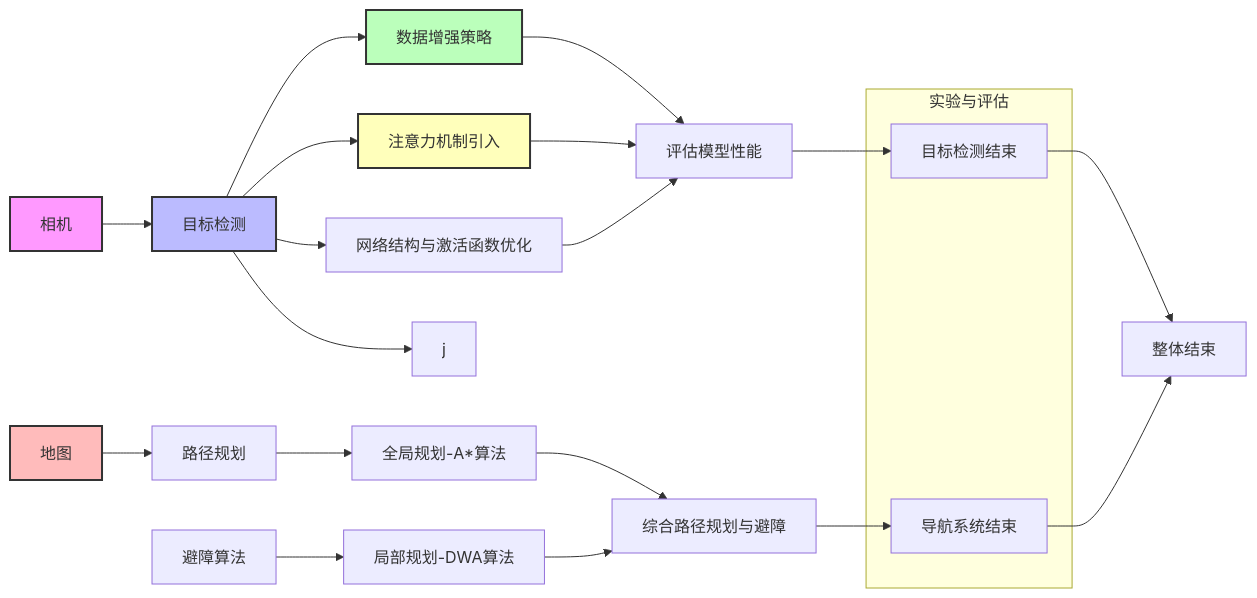
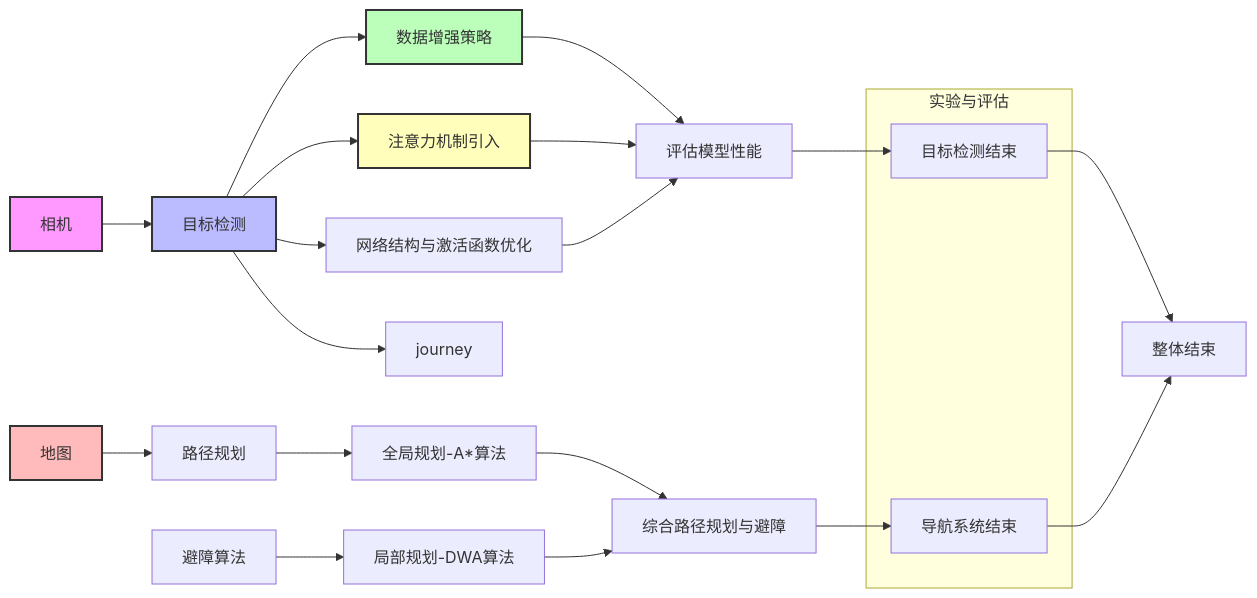
The diagram in all/未命名-1.md (1831380633/iodraw-files), drawn with Mermaid before and after one commit.

Commit message:
2024-12-18 15:00:29 update

````diff
--- a/all/未命名-1.md
+++ b/all/未命名-1.md
@@ -1,38 +1,38 @@
 ```mermaid
 graph LR
     style A fill:#f9f,stroke:#333,stroke-width:2px
     style B fill:#bbf,stroke:#333,stroke-width:2px
     style C fill:#fbb,stroke:#333,stroke-width:2px
     style D fill:#bfb,stroke:#333,stroke-width:2px
     style E fill:#ffb,stroke:#333,stroke-width:2px
 
     A[相机] --> B[目标检测]
     
     C[地图]
     
     B --> D[数据增强策略]
     B --> E[注意力机制引入]
     B --> F[网络结构与激活函数优化]
     D --> G[评估模型性能]
     E --> G
     F --> G
     G --> H[目标检测结束]
     
     C --> I[路径规划]
 
     I --> K[全局规划-A*算法]
     J[避障算法] --> L[局部规划-DWA算法]
 
     K --> M[综合路径规划与避障]
     L --> M
     M --> N[导航系统结束]
     
     H --> O[整体结束]
     N --> O
-    B --> j
+    B --> journey
     subgraph 实验与评估
         H
         N
     end
 
 ```
````
